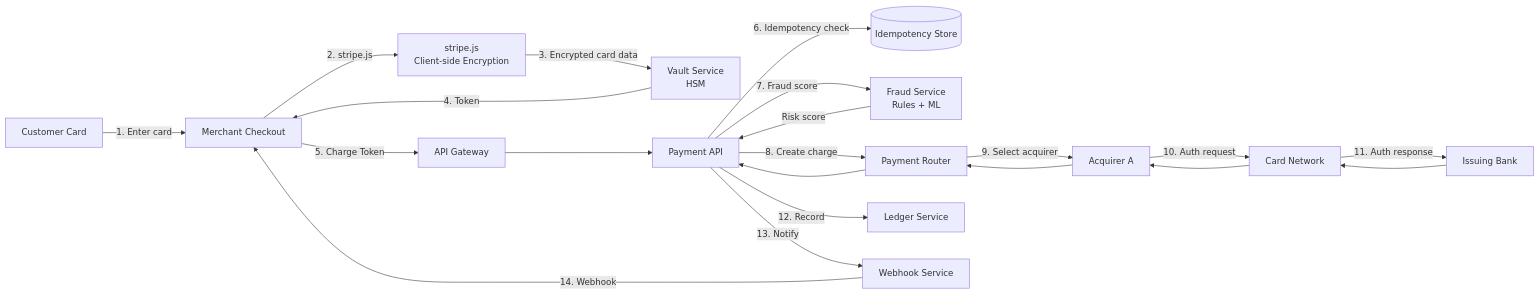
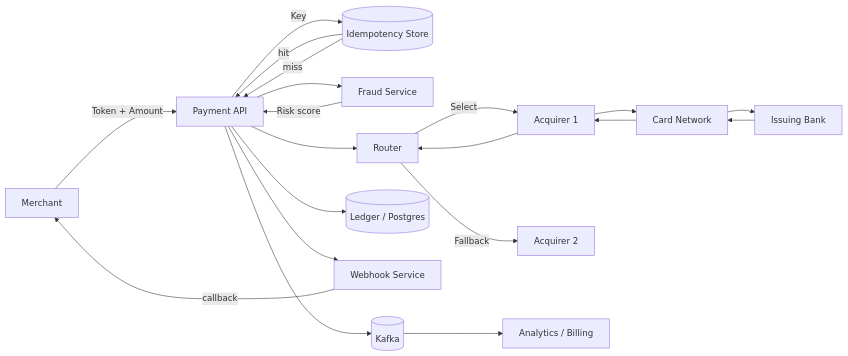
Before and after one commit to abhishekghoshh/system-design-helper: the second of 14 diagrams in docs/system-design/high-level/designing/advanced/payment-gateway.md, drawn with Mermaid. The commit also changed other lines of this file and 107 other files, not shown here.

````diff
--- a/docs/system-design/high-level/designing/advanced/payment-gateway.md
+++ b/docs/system-design/high-level/designing/advanced/payment-gateway.md
@@ -365,23 +200,22 @@
 ```mermaid
-flowchart LR
-  Customer[Customer Card] -->|1. Enter card| Merchant[Merchant Checkout]
-  Merchant -->|2. stripe.js| StripeJS[stripe.js<br/>Client-side Encryption]
-  StripeJS -->|3. Encrypted card data| Vault[Vault Service<br/>HSM]
-  Vault -->|4. Token| Merchant
-  Merchant -->|5. Charge Token| APIGW[API Gateway]
-  APIGW --> API[Payment API]
-  API -->|6. Idempotency check| Redis[(Idempotency Store)]
-  API -->|7. Fraud score| Fraud[Fraud Service<br/>Rules + ML]
-  Fraud -->|Risk score| API
-  API -->|8. Create charge| Router[Payment Router]
-  Router -->|9. Select acquirer| Acquirer1[Acquirer A]
-  Acquirer1 -->|10. Auth request| CardNet[Card Network]
-  CardNet -->|11. Auth response| Bank[Issuing Bank]
-  Bank --> CardNet
-  CardNet --> Acquirer1
-  Acquirer1 --> Router
-  Router --> API
-  API -->|12. Record| Ledger[Ledger Service]
-  API -->|13. Notify| Webhook[Webhook Service]
-  Webhook -->|14. Webhook| Merchant
+graph LR
+    M[Merchant] -->|Token + Amount| API[Payment API]
+    API -->|Key| R[(Idempotency Store)]
+    R -->|hit| API
+    R -->|miss| API
+    API --> F[Fraud Service]
+    F -->|Risk score| API
+    API --> RT[Router]
+    RT -->|Select| A1[Acquirer 1]
+    RT -->|Fallback| A2[Acquirer 2]
+    A1 --> CN[Card Network]
+    CN --> IB[Issuing Bank]
+    IB --> CN
+    CN --> A1
+    A1 --> RT
+    API --> L[(Ledger / Postgres)]
+    API --> W[Webhook Service]
+    W -->|callback| M
+    API --> K[(Kafka)]
+    K --> AN[Analytics / Billing]
 ```
````
